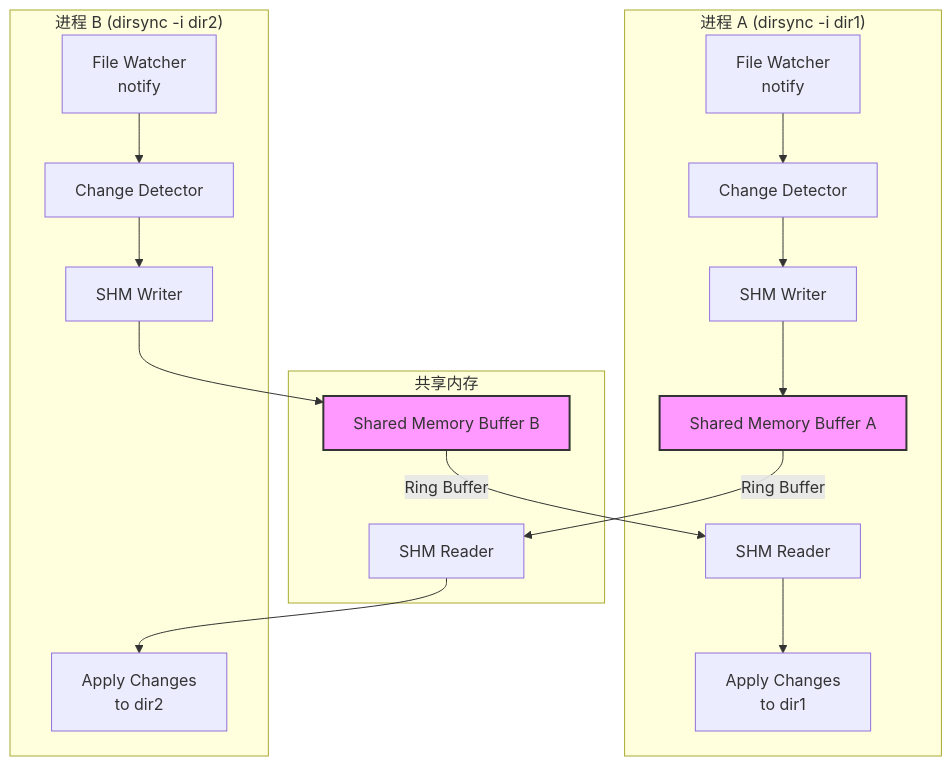
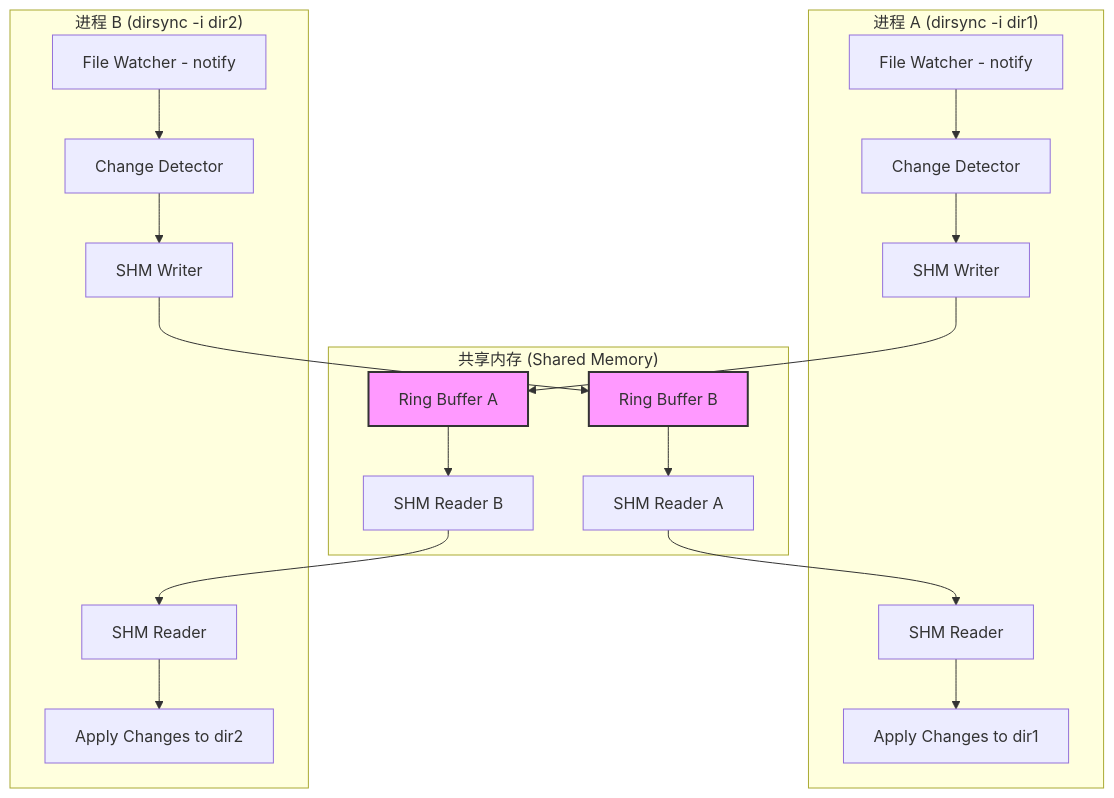
Before and after one commit to GreyRaphael/dirsync: the first of 10 diagrams in docs/development-plan.md, drawn with Mermaid. The commit also changed other lines of this file and 10 other files, not shown here.

````diff
--- a/docs/development-plan.md
+++ b/docs/development-plan.md
@@ -11,24 +11,27 @@
 ```mermaid
 graph TB
-    subgraph "进程 A (dirsync -i dir1)"
-        WA[File Watcher<br/>notify] --> CA[Change Detector]
+    subgraph PA["进程 A (dirsync -i dir1)"]
+        WA[File Watcher - notify] --> CA[Change Detector]
         CA --> SWA[SHM Writer]
-        SWA --> SHA[Shared Memory Buffer A]
-        SRA[SHM Reader] --> MA[Apply Changes<br/>to dir1]
+        SRA[SHM Reader] --> MA[Apply Changes to dir1]
     end
 
-    subgraph "共享内存"
-        SHA -->|Ring Buffer| SRB[SHM Reader]
-        SHB[Shared Memory Buffer B] -->|Ring Buffer| SRA
+    subgraph SHM["共享内存 (Shared Memory)"]
+        SHA[Ring Buffer A] --> SRB[SHM Reader B]
+        SHB[Ring Buffer B] --> SRA2[SHM Reader A]
     end
 
-    subgraph "进程 B (dirsync -i dir2)"
-        WB[File Watcher<br/>notify] --> CB[Change Detector]
+    subgraph PB["进程 B (dirsync -i dir2)"]
+        WB[File Watcher - notify] --> CB[Change Detector]
         CB --> SWB[SHM Writer]
-        SWB --> SHB[Shared Memory Buffer B]
-        SRB --> MB[Apply Changes<br/>to dir2]
+        SRB2[SHM Reader] --> MB[Apply Changes to dir2]
     end
+
+    SWA --> SHA
+    SWB --> SHB
+    SRA2 --> SRA
+    SRB --> SRB2
 
     style SHA fill:#f9f,stroke:#333,stroke-width:2px
     style SHB fill:#f9f,stroke:#333,stroke-width:2px
 ```
````
